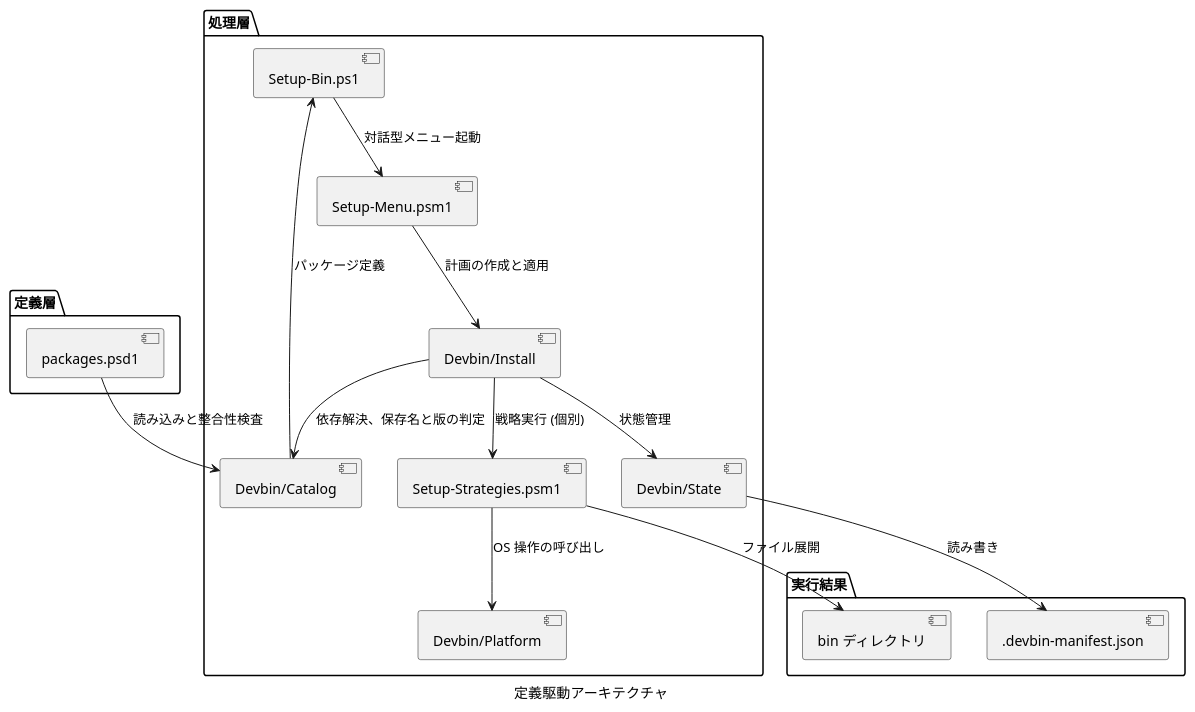
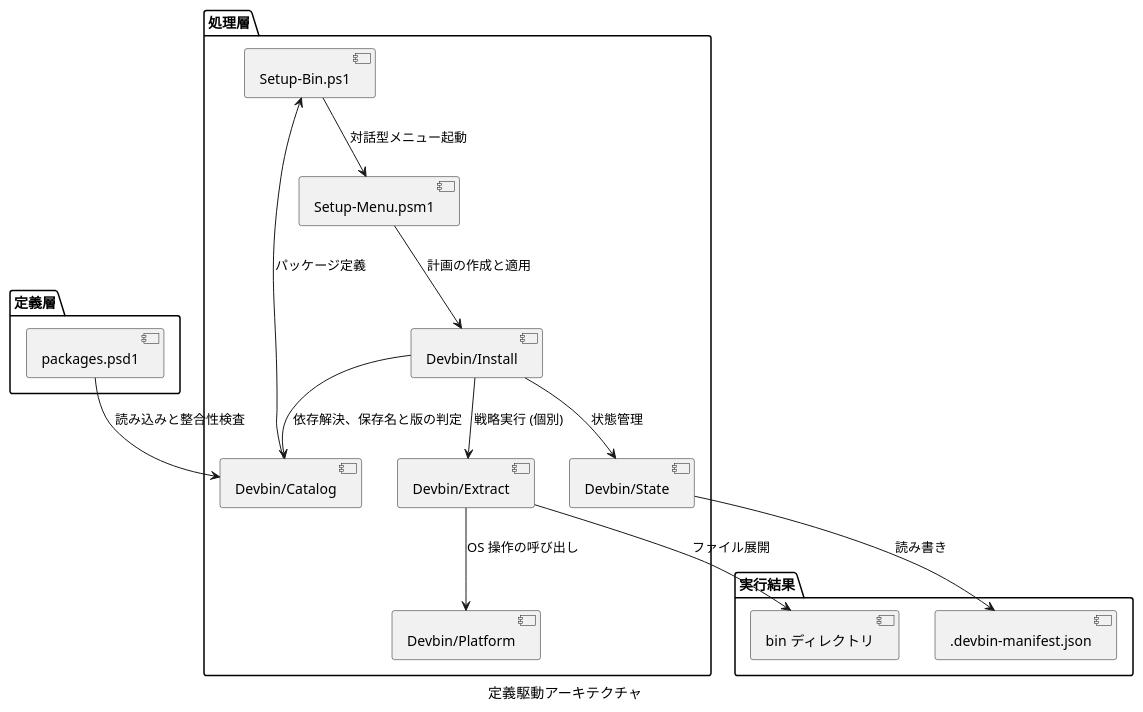
The first of 2 diagrams in docs/setup-bin-design.md (Hondarer/devbin-win), drawn with PlantUML before and after one commit. The commit also changed other lines of this file and 16 other files, not shown here.

First line of the commit message:
refactor: split extract strategies into Devbin/Extract

````diff
--- a/docs/setup-bin-design.md
+++ b/docs/setup-bin-design.md
@@ -35,34 +35,34 @@
 ```plantuml
 @startuml 定義駆動アーキテクチャ
 caption 定義駆動アーキテクチャ
 package "定義層" {
   [packages.psd1] as config
 }
 
 package "処理層" {
   [Setup-Bin.ps1] as main
-  [Setup-Strategies.psm1] as strategies
+  [Devbin/Extract] as strategies
   [Devbin/Platform] as platform
   [Devbin/Catalog] as catalog
   [Devbin/State] as state
   [Devbin/Install] as plan
   [Setup-Menu.psm1] as menu
 }
 
 package "実行結果" {
   [bin ディレクトリ] as bin
   [.devbin-manifest.json] as mfile
 }
 
 config --> catalog : 読み込みと整合性検査
 catalog --> main : パッケージ定義
 main --> menu : 対話型メニュー起動
 menu --> plan : 計画の作成と適用
 plan --> catalog : 依存解決、保存名と版の判定
 plan --> strategies : 戦略実行 (個別)
 plan --> state : 状態管理
 strategies --> platform : OS 操作の呼び出し
 strategies --> bin : ファイル展開
 state --> mfile : 読み書き
 @enduml
 ```
````
